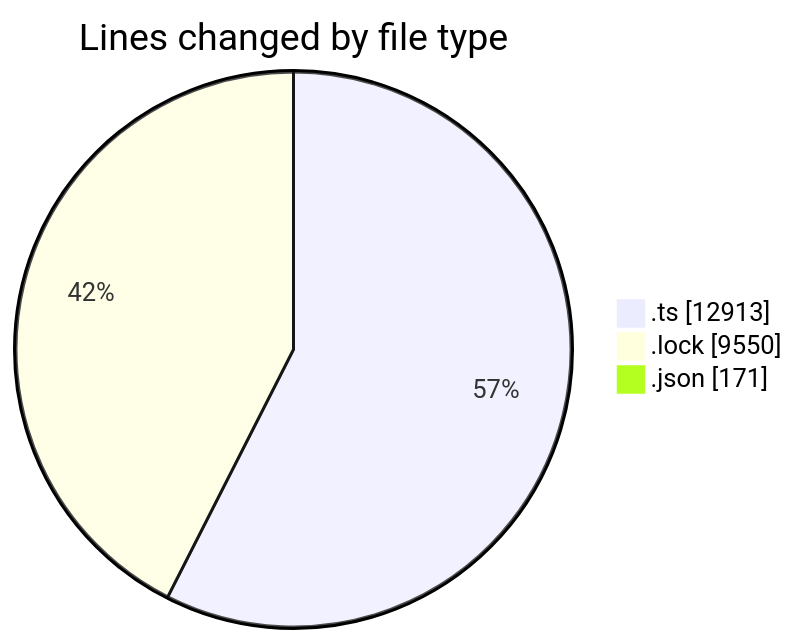
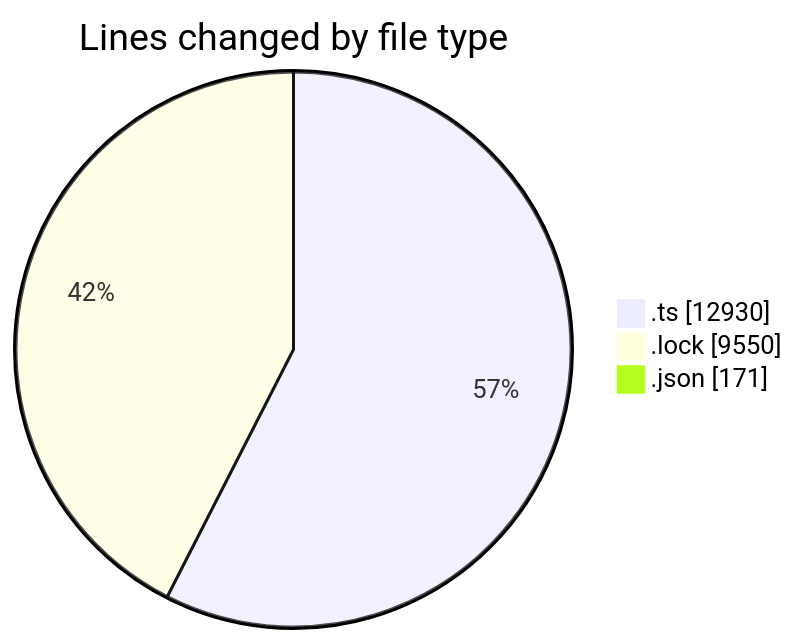
The first of 2 diagrams in 2025-10-30/cda/README.md (momahboobian/code-tracking), drawn with Mermaid before and after one commit. The commit also changed other lines of this file and 1 other file, not shown here.

````diff
--- a/2025-10-30/cda/README.md
+++ b/2025-10-30/cda/README.md
@@ -28,7 +28,7 @@
 ```mermaid
 pie showData
 title Lines changed by file type
-".ts" : 12913
+".ts" : 12930
 ".lock" : 9550
 ".json" : 171
 ```
````
